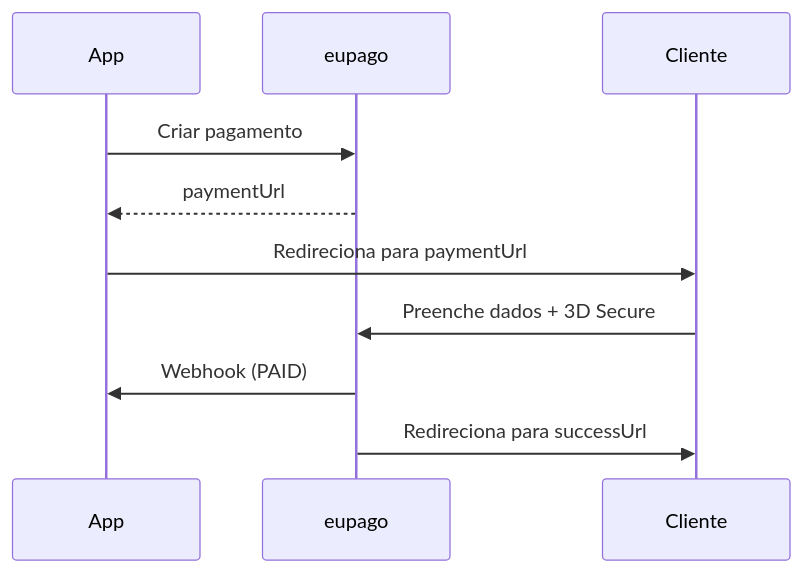
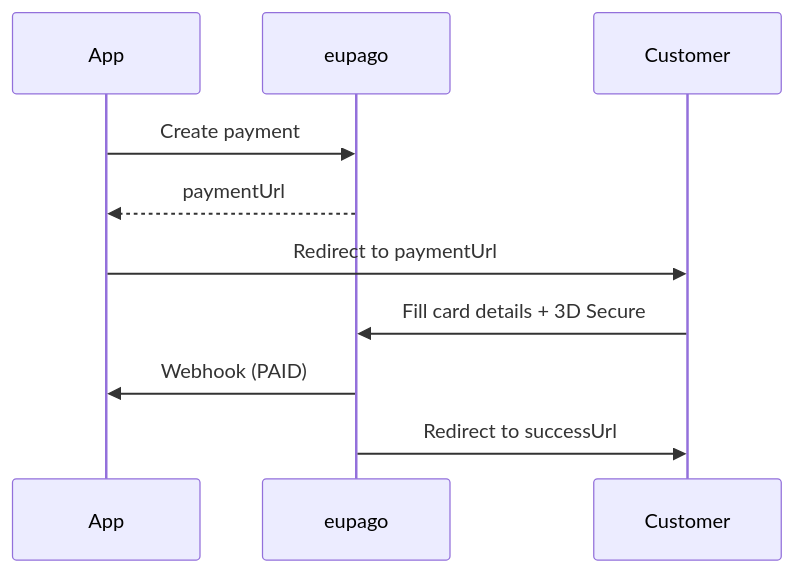
Before and after one commit to bilouro/eupago-python: the third of 3 diagrams in docs/payments/index.md, drawn with Mermaid. The commit also changed other lines of this file and 50 other files, not shown here.

````diff
--- a/docs/payments/index.md
+++ b/docs/payments/index.md
@@ -47,12 +47,12 @@
 ```mermaid
 sequenceDiagram
     participant App
     participant eupago
-    participant Cliente
-    App->>eupago: Criar pagamento
+    participant Customer
+    App->>eupago: Create payment
     eupago-->>App: paymentUrl
-    App->>Cliente: Redireciona para paymentUrl
-    Cliente->>eupago: Preenche dados + 3D Secure
+    App->>Customer: Redirect to paymentUrl
+    Customer->>eupago: Fill card details + 3D Secure
     eupago->>App: Webhook (PAID)
-    eupago->>Cliente: Redireciona para successUrl
+    eupago->>Customer: Redirect to successUrl
 ```
````
